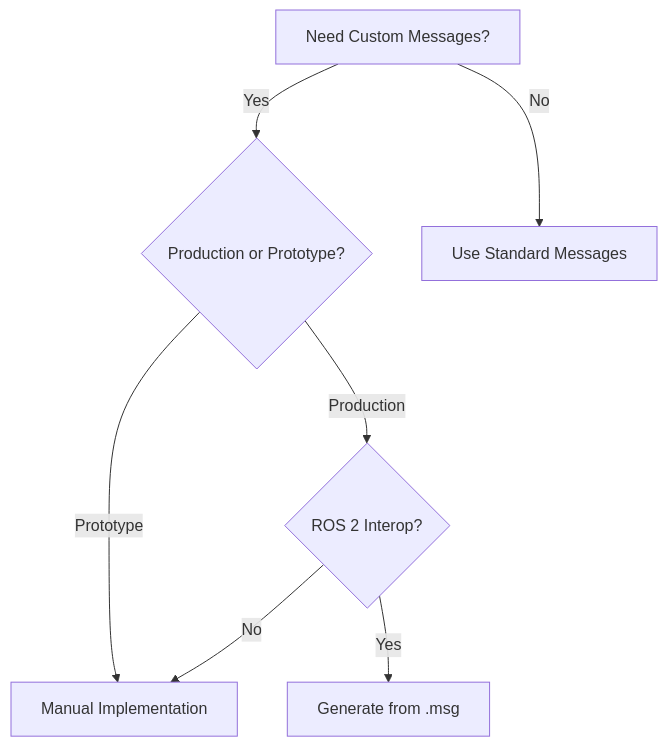
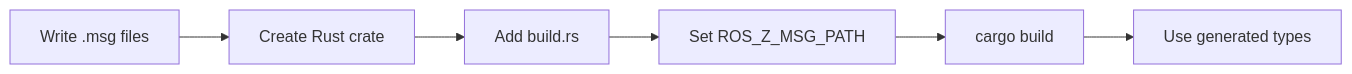
One commit to ZettaScaleLabs/ros-z changed the third of 3 diagrams in book/src/chapters/custom_messages.md. Above: the diagram before and after it, drawn with Mermaid. The commit also changed other lines of this file and 206 other files, not shown here.

````diff
--- a/book/src/chapters/custom_messages.md
+++ b/book/src/chapters/custom_messages.md
@@ -170,9 +135,8 @@
 ```mermaid
-flowchart TD
-    A[Need Custom Messages?] -->|Yes| B{Production or Prototype?}
-    B -->|Prototype| C[Manual Implementation]
-    B -->|Production| D{ROS 2 Interop?}
-    D -->|Yes| E[Generate from .msg]
-    D -->|No| C
-    A -->|No| F[Use Standard Messages]
+graph LR
+    A[Write .msg files] --> B[Create Rust crate]
+    B --> C[Add build.rs]
+    C --> D[Set ROS_Z_MSG_PATH]
+    D --> E[cargo build]
+    E --> F[Use generated types]
 ```
````
